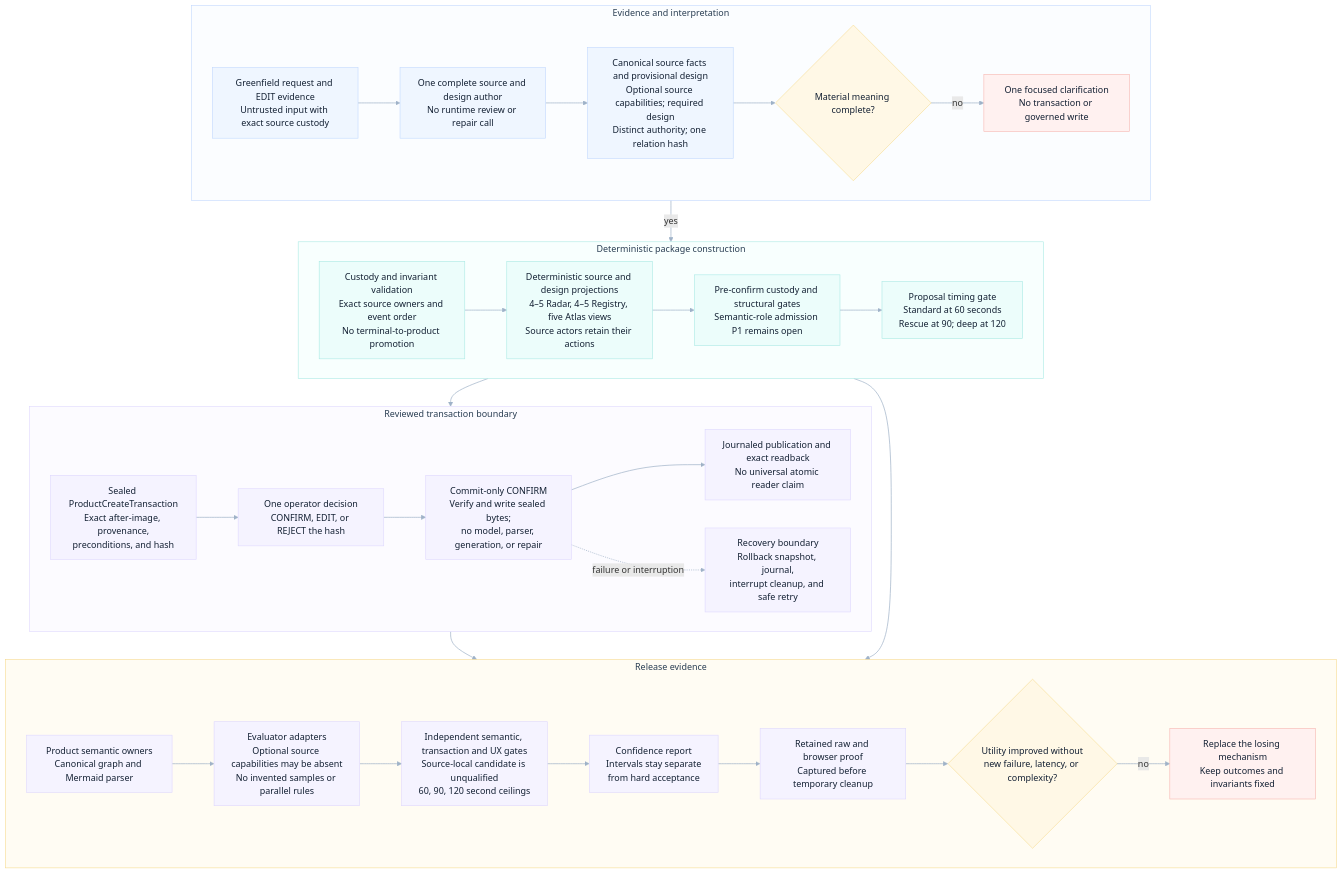
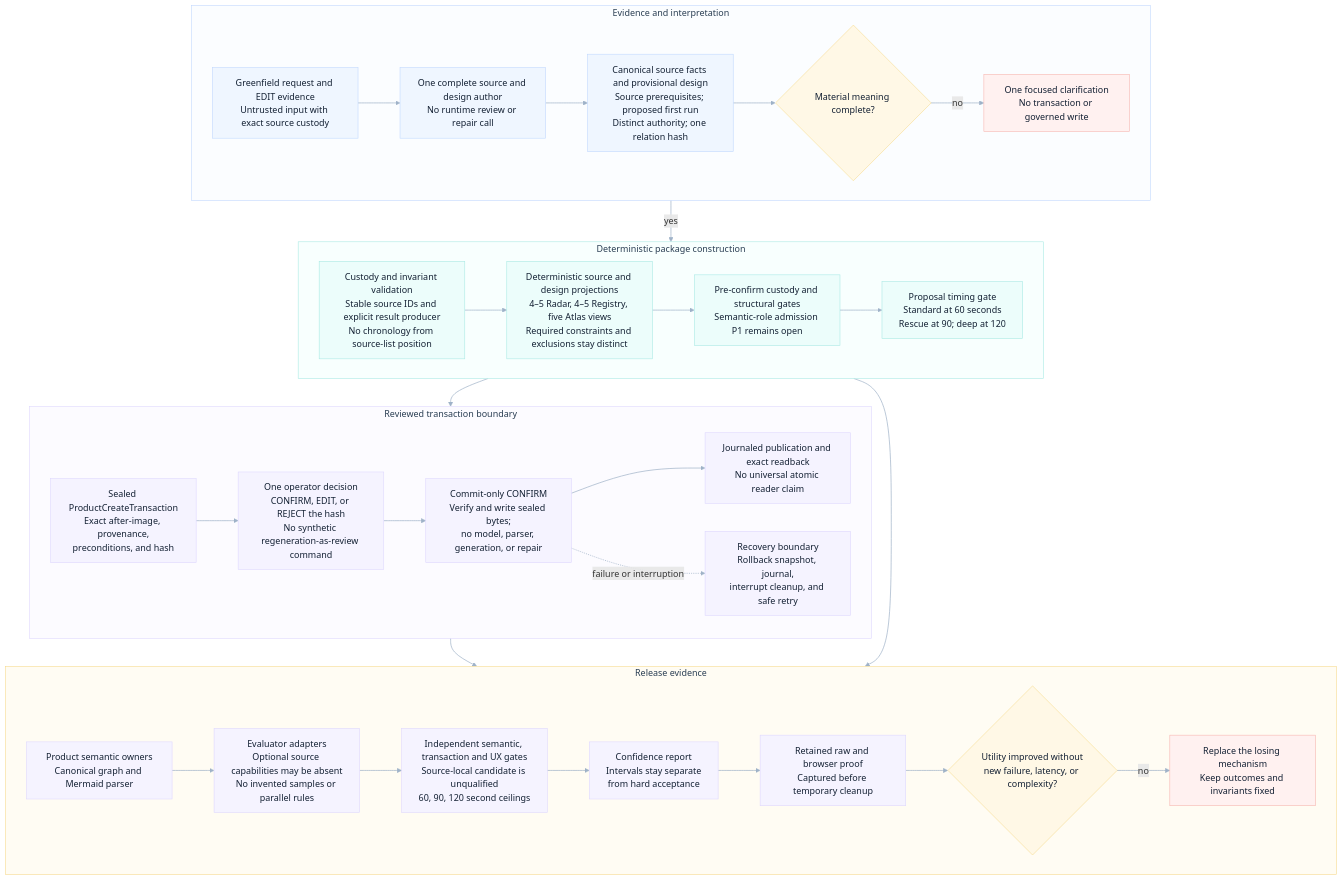
The diagram in odylith/atlas/source/domain-intelligence-greenfield-governance.mmd (odylith/odylith), drawn with Mermaid before and after one commit. The commit also changed 95 other files, not shown here.

```diff
--- a/odylith/atlas/source/domain-intelligence-greenfield-governance.mmd
+++ b/odylith/atlas/source/domain-intelligence-greenfield-governance.mmd
@@ -1,66 +1,66 @@
 flowchart TB
     subgraph evidence_lane["Evidence and interpretation"]
       direction LR
       request["Greenfield request and EDIT evidence<br/>Untrusted input with exact source custody"]
       model_pass["One complete source and design author<br/>No runtime review or repair call"]
-      typed_graph["Canonical source facts and provisional design<br/>Optional source capabilities; required design<br/>Distinct authority; one relation hash"]
+      typed_graph["Canonical source facts and provisional design<br/>Source prerequisites; proposed first run<br/>Distinct authority; one relation hash"]
       ambiguity{"Material meaning complete?"}
       clarify["One focused clarification<br/>No transaction or governed write"]
       request --> model_pass --> typed_graph --> ambiguity
       ambiguity -- "no" --> clarify
     end
 
     subgraph projection_lane["Deterministic package construction"]
       direction LR
-      custody["Custody and invariant validation<br/>Exact source owners and event order<br/>No terminal-to-product promotion"]
-      projections["Deterministic source and design projections<br/>4–5 Radar, 4–5 Registry, five Atlas views<br/>Source actors retain their actions"]
+      custody["Custody and invariant validation<br/>Stable source IDs and explicit result producer<br/>No chronology from source-list position"]
+      projections["Deterministic source and design projections<br/>4–5 Radar, 4–5 Registry, five Atlas views<br/>Required constraints and exclusions stay distinct"]
       quality["Pre-confirm custody and structural gates<br/>Semantic-role admission P1 remains open"]
       timing["Proposal timing gate<br/>Standard at 60 seconds<br/>Rescue at 90; deep at 120"]
       custody --> projections --> quality --> timing
     end
 
     subgraph transaction_lane["Reviewed transaction boundary"]
       direction LR
       sealed["Sealed ProductCreateTransaction<br/>Exact after-image, provenance,<br/>preconditions, and hash"]
-      decision["One operator decision<br/>CONFIRM, EDIT, or REJECT the hash"]
+      decision["One operator decision<br/>CONFIRM, EDIT, or REJECT the hash<br/>No synthetic regeneration-as-review command"]
       confirm["Commit-only CONFIRM<br/>Verify and write sealed bytes;<br/>no model, parser, generation, or repair"]
       publish["Journaled publication and exact readback<br/>No universal atomic reader claim"]
       recovery["Recovery boundary<br/>Rollback snapshot, journal,<br/>interrupt cleanup, and safe retry"]
       sealed --> decision --> confirm --> publish
       confirm -. "failure or interruption" .-> recovery
     end
 
     subgraph proof_lane["Release evidence"]
       direction LR
       owners["Product semantic owners<br/>Canonical graph and Mermaid parser"]
       evaluator["Evaluator adapters<br/>Optional source capabilities may be absent<br/>No invented samples or parallel rules"]
       acceptance["Independent semantic, transaction and UX gates<br/>Source-local candidate is unqualified<br/>60, 90, 120 second ceilings"]
       confidence["Confidence report<br/>Intervals stay separate<br/>from hard acceptance"]
       retained["Retained raw and browser proof<br/>Captured before temporary cleanup"]
       drift{"Utility improved without<br/>new failure, latency, or complexity?"}
       replace["Replace the losing mechanism<br/>Keep outcomes and invariants fixed"]
       owners --> evaluator --> acceptance --> confidence --> retained --> drift
       drift -- "no" --> replace
     end
 
     ambiguity -- "yes" --> custody
     timing --> sealed
     quality --> evaluator
     publish --> retained
 
     classDef primary fill:#EFF6FF,stroke:#BFD7FE,color:#132033,stroke-width:1px;
     classDef execution fill:#ECFDFB,stroke:#A7E9E3,color:#132033,stroke-width:1px;
     classDef governance fill:#F5F3FF,stroke:#DDD6FE,color:#132033,stroke-width:1px;
     classDef constraint fill:#FFF8E6,stroke:#F6D98B,color:#132033,stroke-width:1px;
     classDef invalid fill:#FFF1F0,stroke:#F7B4AE,color:#132033,stroke-width:1px;
     class request,model_pass,typed_graph primary;
     class custody,projections,quality,timing execution;
     class sealed,decision,confirm,publish,recovery,owners,evaluator,acceptance,confidence,retained governance;
     class ambiguity,drift constraint;
     class clarify,replace invalid;
 
     style evidence_lane fill:#FBFDFF,stroke:#BFD7FE,stroke-width:1px,color:#293D52
     style projection_lane fill:#F8FFFE,stroke:#A7E9E3,stroke-width:1px,color:#293D52
     style transaction_lane fill:#FCFBFF,stroke:#DDD6FE,stroke-width:1px,color:#293D52
     style proof_lane fill:#FFFCF3,stroke:#F6D98B,stroke-width:1px,color:#293D52
     linkStyle default stroke:#9FB2C8,stroke-width:1.25px
```
